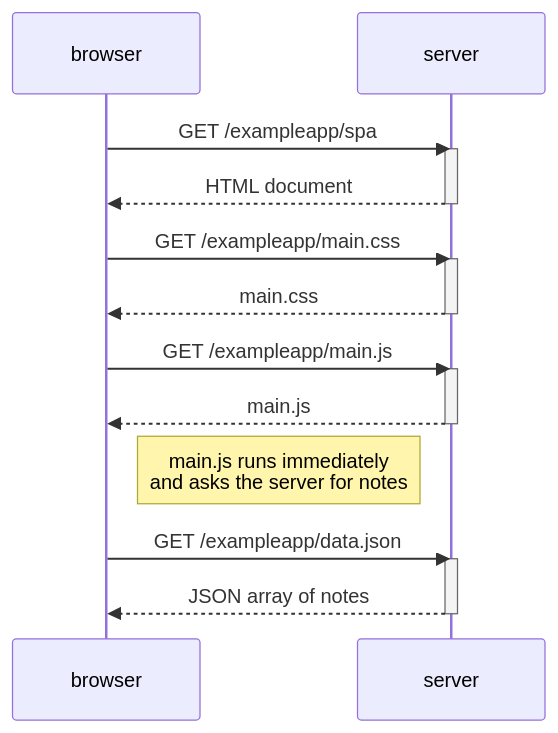
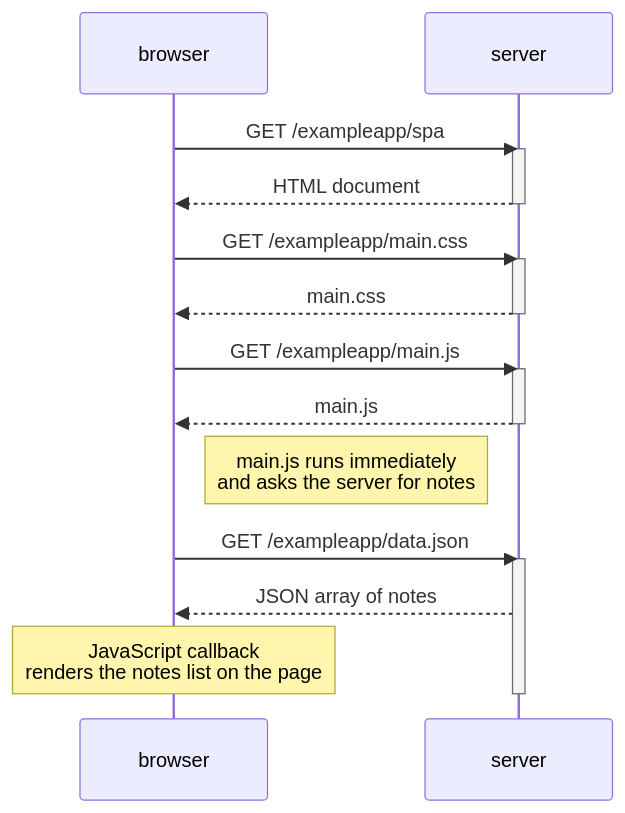
The diagram in ex0.5_diagrams.md (shermszz/FullStackOpen), drawn with Mermaid before and after one commit. The commit also changed other lines of this file and 1 other file, not shown here.

````diff
--- a/ex0.5_diagrams.md
+++ b/ex0.5_diagrams.md
@@ -1,29 +1,30 @@
 ```mermaid
 sequenceDiagram
     participant browser
     participant server
 
     %% 1 – INITIAL PAGE REQUEST
     browser->>server: GET /exampleapp/spa
     activate server
     server-->>browser: HTML document
     deactivate server
 
     %% 2 – STATIC ASSETS FOR THE SPA SHELL
     browser->>server: GET /exampleapp/main.css
     activate server
     server-->>browser: main.css
     deactivate server
 
     browser->>server: GET /exampleapp/main.js
     activate server
     server-->>browser: main.js
     deactivate server
 
     %% 3 – SPA BOOTSTRAP: FETCH DATA
     Note right of browser: main.js runs immediately<br/>and asks the server for notes
     browser->>server: GET /exampleapp/data.json
     activate server
     server-->>browser: JSON array of notes
+    Note over browser: JavaScript callback<br/>renders the notes list on the page
     deactivate server
 ```
````
